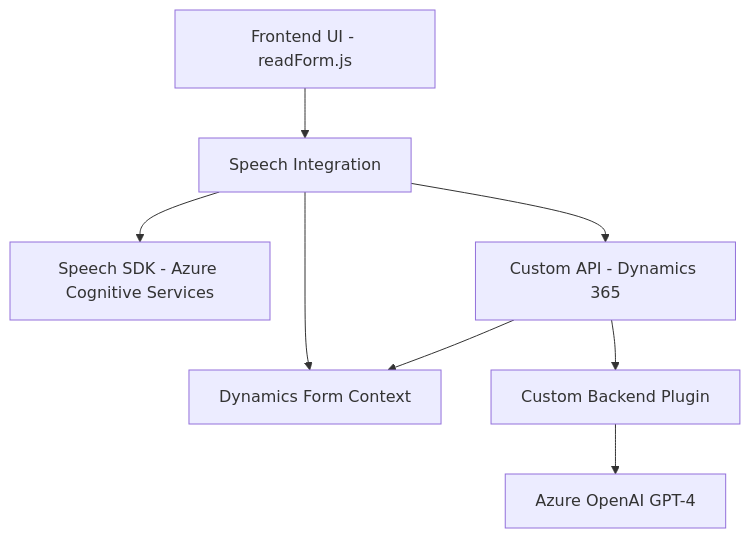
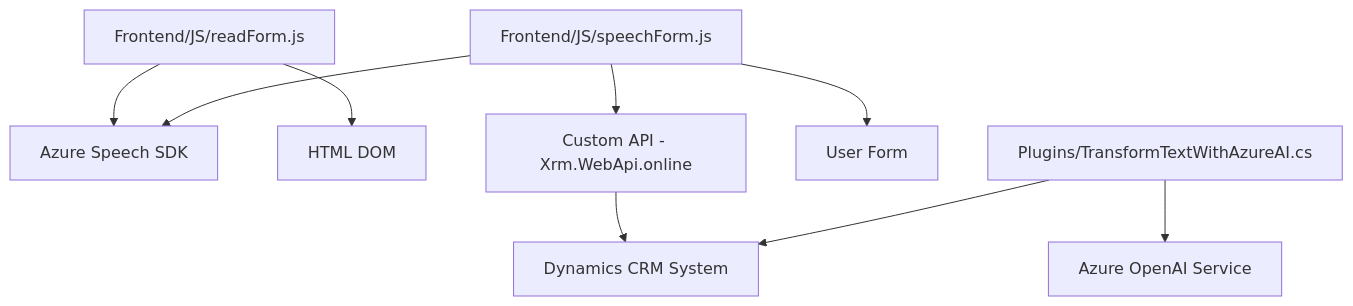
The first of 2 diagrams in README.md (blopezdm/NETCORE_BILBAO2025), drawn with Mermaid before and after one commit. The commit also changed other lines of this file, not shown here.

````diff
--- a/README.md
+++ b/README.md
@@ -32,18 +19,11 @@
 ```mermaid
 graph TD
-    A["Frontend UI - readForm.js"]
-    B["Speech Integration"]
-    C["Speech SDK - Azure Cognitive Services"]
-    D["Custom API - Dynamics 365"]
-    E["Dynamics Form Context"]
-    F["Custom Backend Plugin"]
-    G["Azure OpenAI GPT-4"]
-
-    A --> B
-    B --> C
-    B --> E
-    B --> D
-    D --> E
-    D --> F
-    F --> G
+    A["Frontend/JS/readForm.js"] --> B["Azure Speech SDK"]
+    A["Frontend/JS/readForm.js"] --> C["HTML DOM"]
+    D["Frontend/JS/speechForm.js"] --> B["Azure Speech SDK"]
+    D["Frontend/JS/speechForm.js"] --> E["Custom API - Xrm.WebApi.online"]
+    E["Custom API - Xrm.WebApi.online"] --> G["Dynamics CRM System"]
+    D["Frontend/JS/speechForm.js"] --> F["User Form"]
+    H["Plugins/TransformTextWithAzureAI.cs"] --> G["Dynamics CRM System"]
+    H["Plugins/TransformTextWithAzureAI.cs"] --> I["Azure OpenAI Service"]
 ```
````
